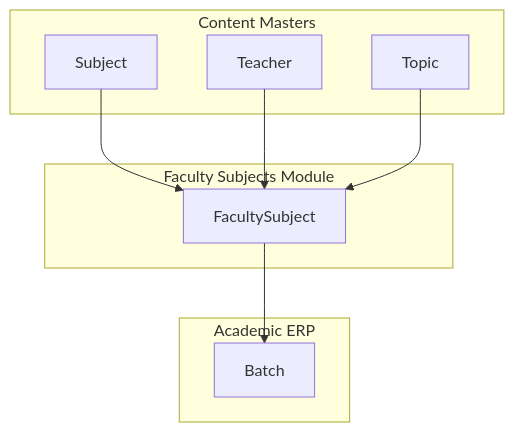
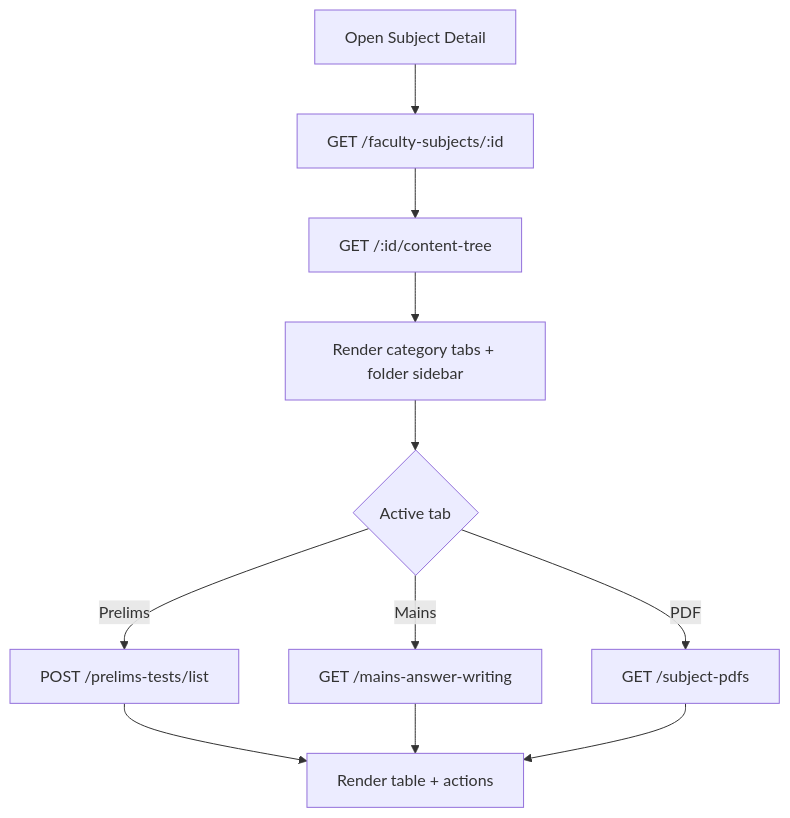
The second of 4 diagrams in docs/ACADEMICS_FACULTY_SUBJECTS_FRONTEND_INTEGRATION_README.md (panacea-it/Admin-sriramias-panel), drawn with Mermaid before and after one commit. The commit also changed other lines of this file and 159 other files, not shown here.

````diff
--- a/docs/ACADEMICS_FACULTY_SUBJECTS_FRONTEND_INTEGRATION_README.md
+++ b/docs/ACADEMICS_FACULTY_SUBJECTS_FRONTEND_INTEGRATION_README.md
@@ -99,18 +1328,13 @@
 ```mermaid
-flowchart TB
-  subgraph masters [Content Masters]
-    S[Subject]
-    T[Topic]
-    TE[Teacher]
-  end
-  subgraph bridge [Faculty Subjects Module]
-    FS[FacultySubject]
-  end
-  subgraph erp [Academic ERP]
-    B[Batch]
-  end
-  S --> FS
-  TE --> FS
-  T --> FS
-  FS --> B
+flowchart TD
+    A[Open Subject Detail] --> B[GET /faculty-subjects/:id]
+    B --> C[GET /:id/content-tree]
+    C --> D[Render category tabs + folder sidebar]
+    D --> E{Active tab}
+    E -->|Prelims| F[POST /prelims-tests/list]
+    E -->|Mains| G[GET /mains-answer-writing]
+    E -->|PDF| H[GET /subject-pdfs]
+    F --> I[Render table + actions]
+    G --> I
+    H --> I
 ```
````
